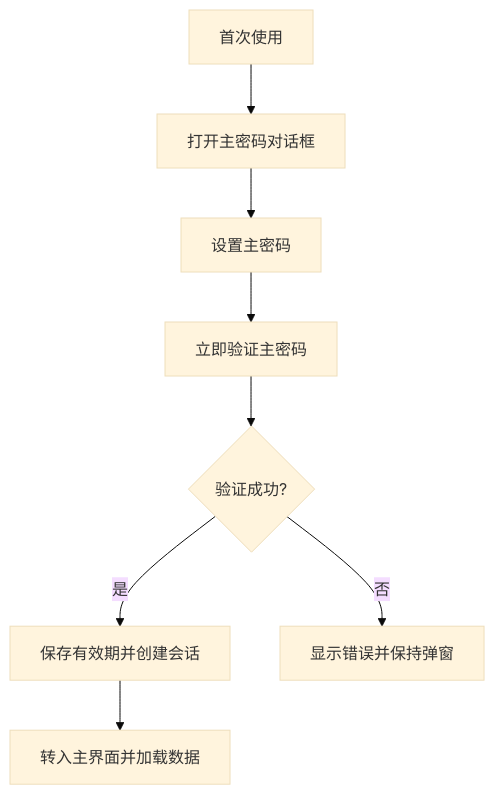
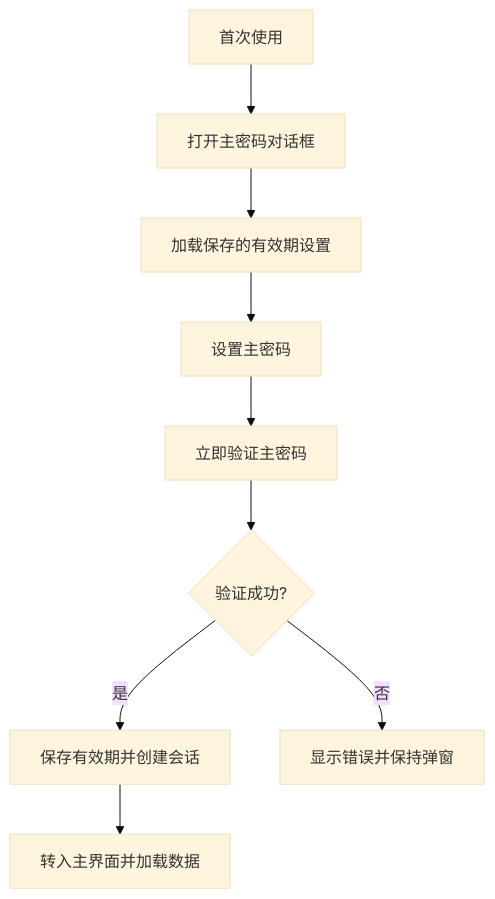
Before and after one commit to liaolongdong/account-password-helper: the ninth of 10 diagrams in .qoder/repowiki/zh/content/用户界面组件/主密码对话框组件.md, drawn with Mermaid (base theme). The commit also changed other lines of this file and 23 other files, not shown here.

````diff
--- a/.qoder/repowiki/zh/content/用户界面组件/主密码对话框组件.md
+++ b/.qoder/repowiki/zh/content/用户界面组件/主密码对话框组件.md
@@ -350,10 +405,11 @@
 ```mermaid
 flowchart TD
 A["首次使用"] --> B["打开主密码对话框"]
-B --> C["设置主密码"]
-C --> D["立即验证主密码"]
-D --> E{"验证成功?"}
-E --> |是| F["保存有效期并创建会话"]
-F --> G["转入主界面并加载数据"]
-E --> |否| H["显示错误并保持弹窗"]
+B --> C["加载保存的有效期设置"]
+C --> D["设置主密码"]
+D --> E["立即验证主密码"]
+E --> F{"验证成功?"}
+F --> |是| G["保存有效期并创建会话"]
+G --> H["转入主界面并加载数据"]
+F --> |否| I["显示错误并保持弹窗"]
 ```
````
